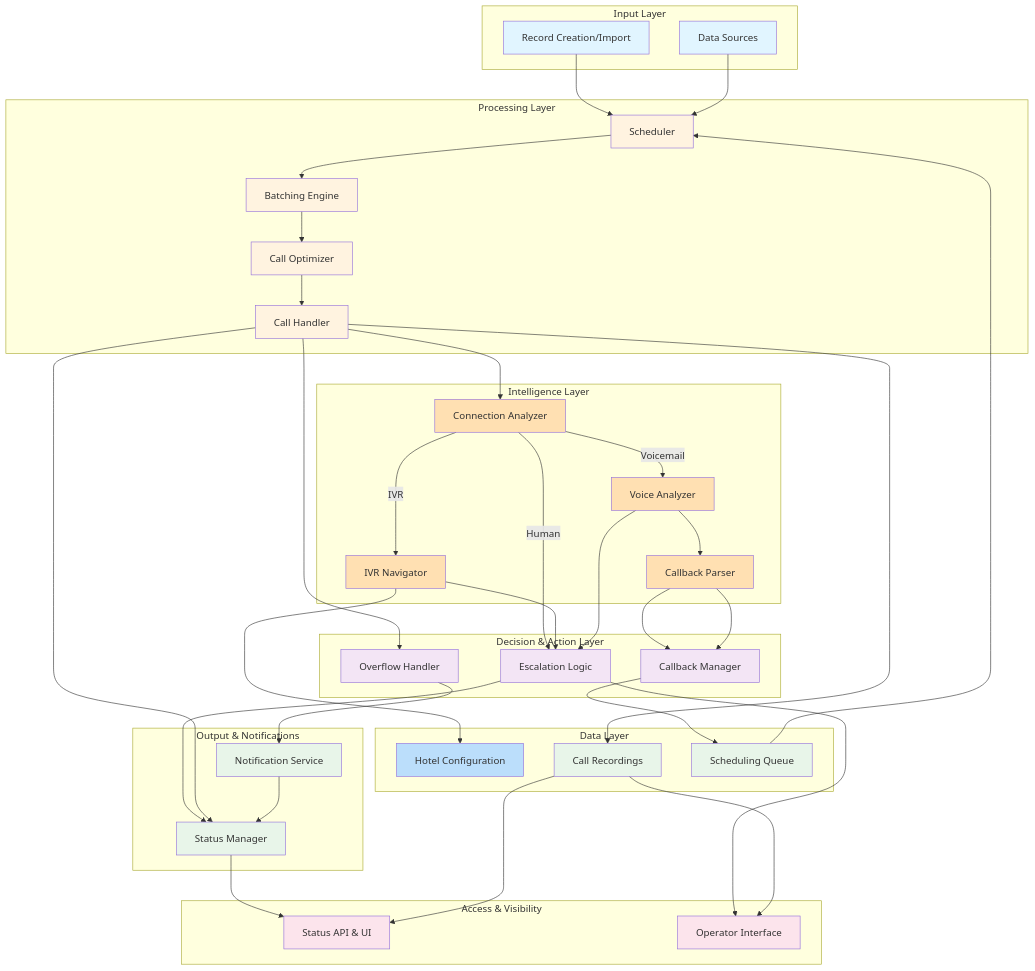
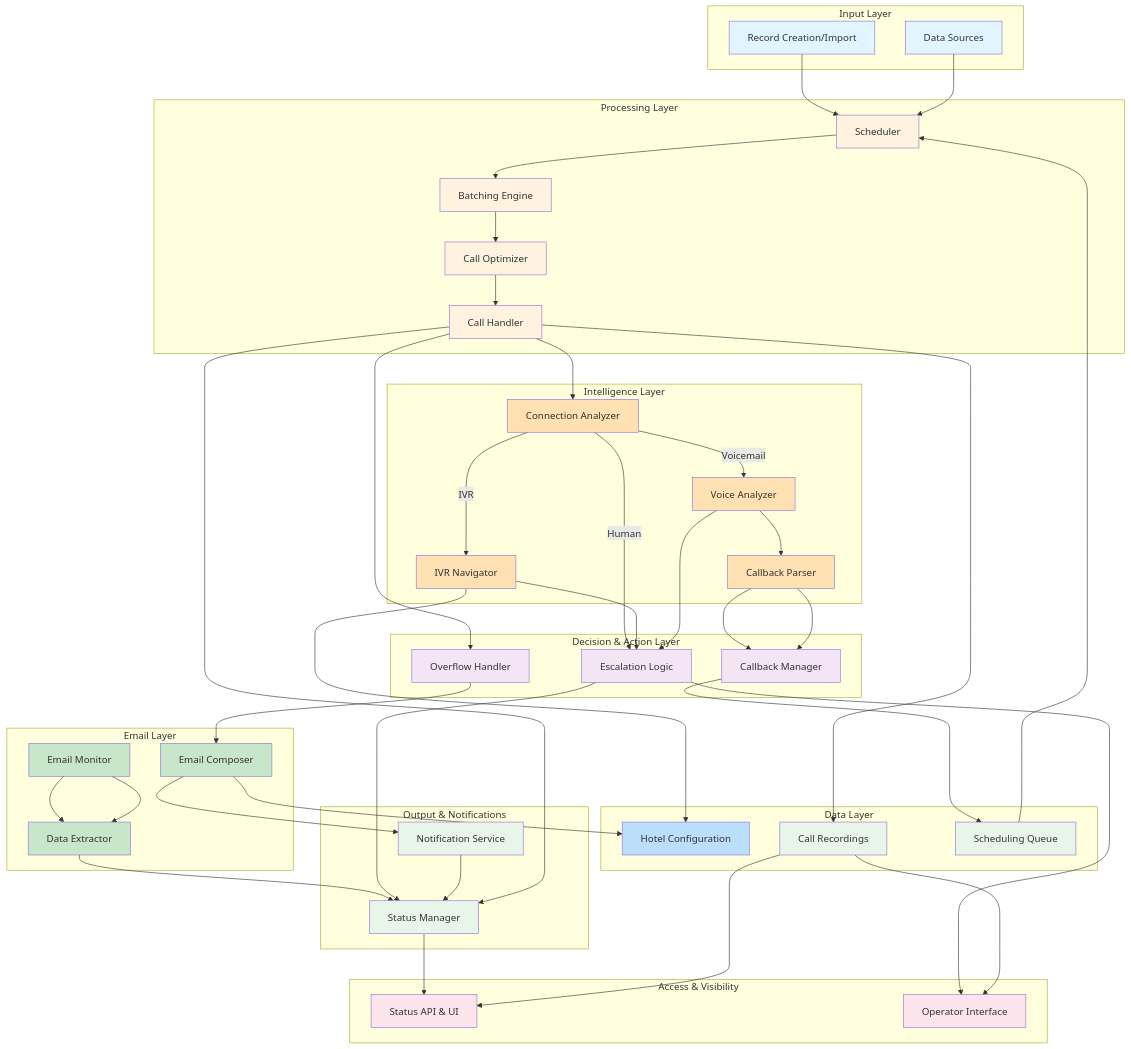
The first of 6 diagrams in Folio-architecture.md (Org-for-Folio-AI/FolioAISpecs), drawn with Mermaid before and after one commit. The commit also changed other lines of this file and 1 other file, not shown here.

First line of the commit message:
Add email-based folio request and extraction capability

```diff
--- a/Folio-architecture.md
+++ b/Folio-architecture.md
@@ -48,6 +48,12 @@
         K["Notification Service"]
     end
 
+    subgraph Email["Email Layer"]
+        E1["Email Composer"]
+        E2["Email Monitor"]
+        E3["Data Extractor"]
+    end
+
     subgraph Access["Access & Visibility"]
         L["Status API & UI"]
         M["Operator Interface"]
@@ -68,18 +74,23 @@
     F4 --> I1
     F3 --> G
     F4 --> I1
+    H --> E1
+    E1 --> K
+    E1 --> I2
+    E2 --> E3
+    E3 --> I
     I1 --> K1
     G --> M
     G --> I
-    H --> K
+    K --> I
+    K1 --> C
     F --> H
     F --> I
     F --> J
     I --> L
     J --> L
     J --> M
-    K --> I
-    K1 --> C
+    E2 --> E3
 
     style A fill:#e1f5ff
     style B fill:#e1f5ff
@@ -91,6 +102,9 @@
     style F2 fill:#ffe0b2
     style F3 fill:#ffe0b2
     style F4 fill:#ffe0b2
+    style E1 fill:#c8e6c9
+    style E2 fill:#c8e6c9
+    style E3 fill:#c8e6c9
     style G fill:#f3e5f5
     style H fill:#f3e5f5
     style I1 fill:#f3e5f5
```
